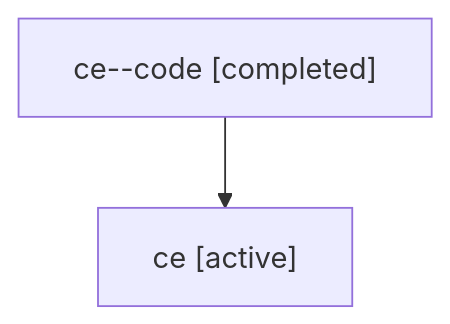
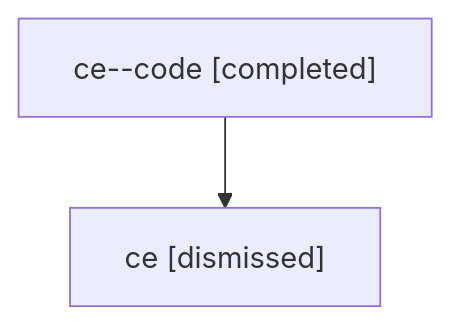
Before and after one commit to sase-org/sase--agents: the diagram in sessions/bbugyi200.athena.ce.md, drawn with Mermaid. The commit also changed other lines of this file and 320 other files, not shown here.

````diff
--- a/sessions/bbugyi200.athena.ce.md
+++ b/sessions/bbugyi200.athena.ce.md
@@ -9,6 +9,6 @@
 ```mermaid
 flowchart TD
   n0["ce--code [completed]"]
-  n1["ce [active]"]
+  n1["ce [dismissed]"]
   n0 --> n1
 ```
````
